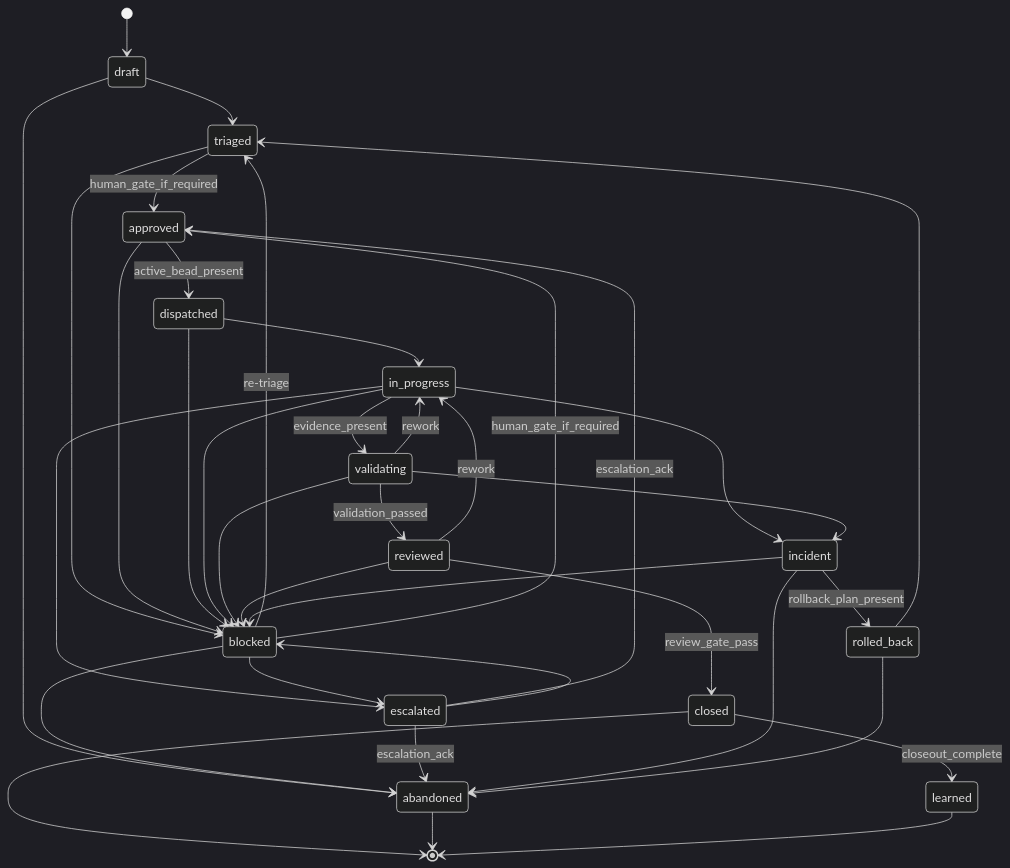
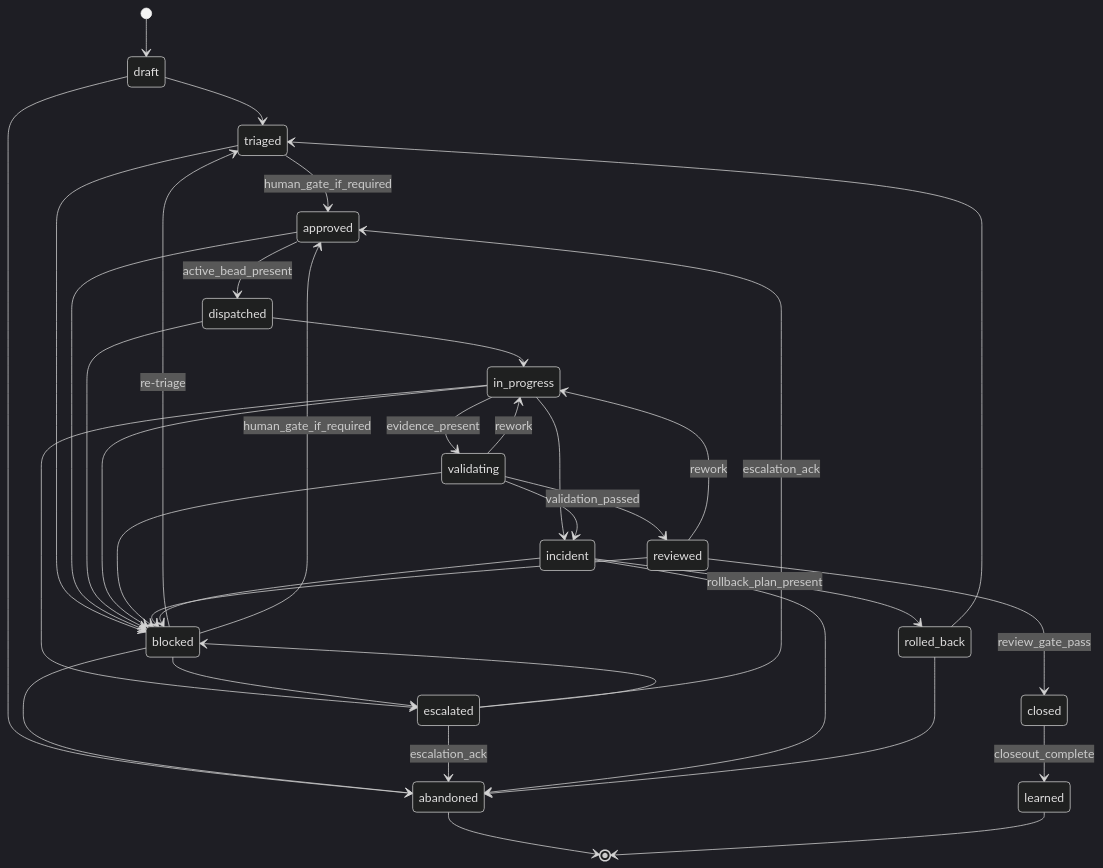
One commit to kas1987/chromatic-atomic-tower changed the first of 2 diagrams in docs/architecture/STATE_MACHINE.md. Above: the diagram before and after it, drawn with Mermaid (dark theme). The commit also changed other lines of this file, not shown here.

Commit message:
fix(state-machine): remove [*] arcs from non-terminal closed and completed
closed and completed are non-terminal; their [*] end-state arcs contradicted
the updated prose and transition_rules.yaml. Removed both.

Addresses Copilot #3430908585 and #3430908616 on PR #17.

````diff
--- a/docs/architecture/STATE_MACHINE.md
+++ b/docs/architecture/STATE_MACHINE.md
@@ -18,39 +18,38 @@
 ```mermaid
 stateDiagram-v2
     [*] --> draft
     draft --> triaged
     draft --> abandoned
     triaged --> approved: human_gate_if_required
     triaged --> blocked
     approved --> dispatched: active_bead_present
     approved --> blocked
     dispatched --> in_progress
     dispatched --> blocked
     in_progress --> validating: evidence_present
     in_progress --> blocked
     in_progress --> escalated
     in_progress --> incident
     validating --> reviewed: validation_passed
     validating --> in_progress: rework
     validating --> blocked
     validating --> incident
     reviewed --> closed: review_gate_pass
     reviewed --> in_progress: rework
     reviewed --> blocked
     closed --> learned: closeout_complete
     blocked --> triaged: re-triage
     blocked --> approved: human_gate_if_required
     blocked --> escalated
     blocked --> abandoned
     escalated --> approved: escalation_ack
     escalated --> blocked
     escalated --> abandoned: escalation_ack
     incident --> rolled_back: rollback_plan_present
     incident --> blocked
     incident --> abandoned
     rolled_back --> triaged
     rolled_back --> abandoned
-    closed --> [*]
     abandoned --> [*]
     learned --> [*]
 ```
````
